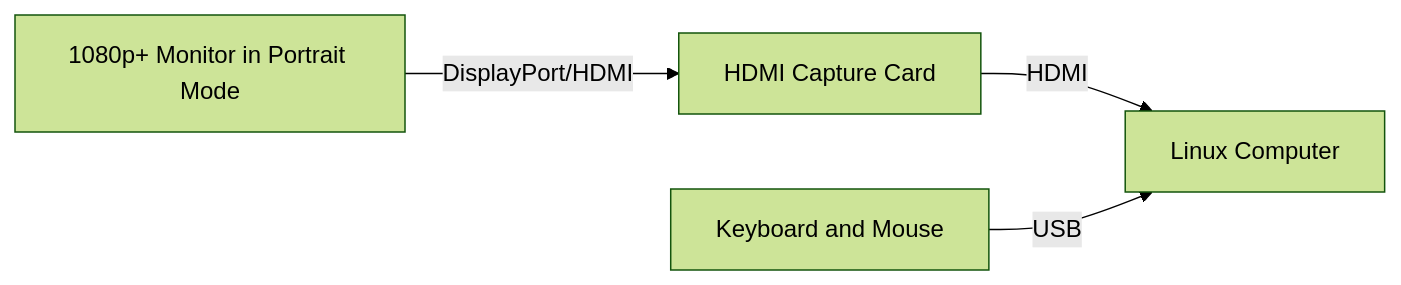
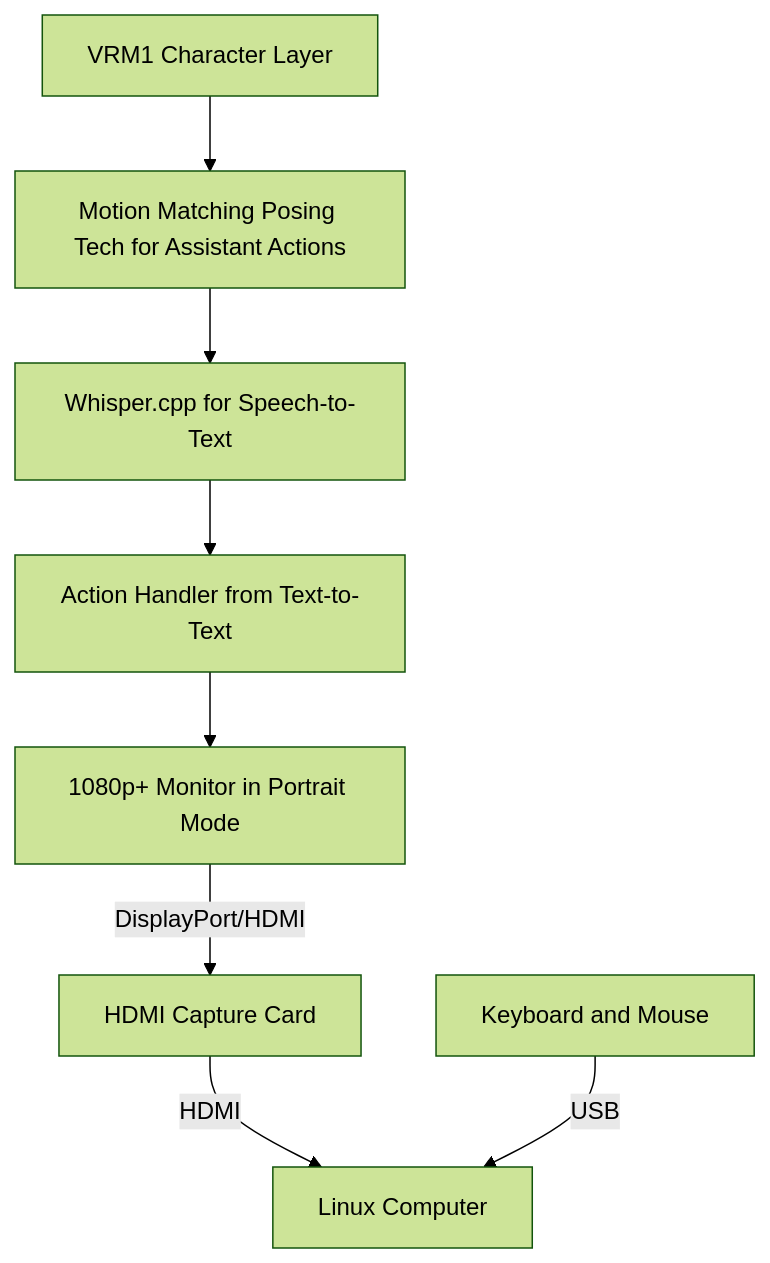
Before and after one commit to V-Sekai/manuals: the diagram in prototypes/20230908-bendable-screen-generative-assistant.md, drawn with Mermaid (forest theme). The commit also changed other lines of this file, not shown here.

````diff
--- a/prototypes/20230908-bendable-screen-generative-assistant.md
+++ b/prototypes/20230908-bendable-screen-generative-assistant.md
@@ -54,6 +54,9 @@
 ```mermaid
-graph LR
-A[1080p+ Monitor in Portrait Mode] -- DisplayPort/HDMI --> B[HDMI Capture Card]
-B -- HDMI --> C[Linux Computer]
-D[Keyboard and Mouse] -- USB --> C
+graph TD
+A[VRM1 Character Layer] --> B[Motion Matching Posing Tech for Assistant Actions]
+B --> C[Whisper.cpp for Speech-to-Text]
+C --> D[Action Handler from Text-to-Text]
+D --> E[1080p+ Monitor in Portrait Mode] -- DisplayPort/HDMI --> F[HDMI Capture Card]
+F -- HDMI --> G[Linux Computer]
+H[Keyboard and Mouse] -- USB --> G
 ```
````
